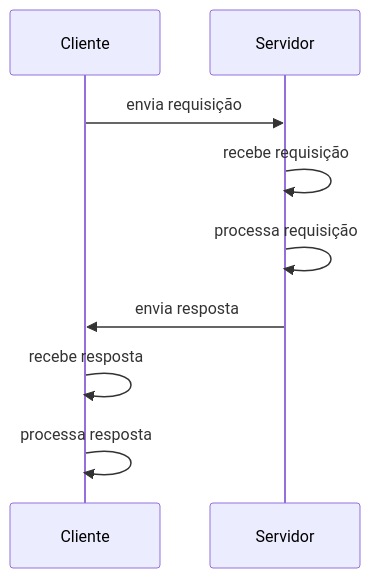
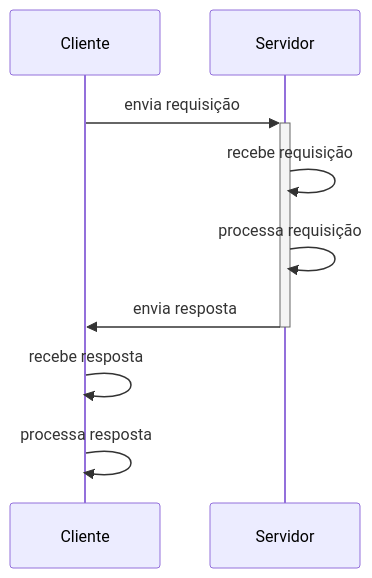
Before and after one commit to Industrialli/industrialli_modbus: the second of 2 diagrams in README.md, drawn with Mermaid.

````diff
--- a/README.md
+++ b/README.md
@@ -44,12 +44,12 @@
 ```mermaid
 sequenceDiagram
 participant Cliente
 participant Servidor
-Cliente->>Servidor: envia requisição
+Cliente->>+Servidor: envia requisição
 Servidor->>Servidor: recebe requisição
 Servidor->>Servidor: processa requisição
-Servidor->>Cliente: envia resposta
+Servidor->>-Cliente: envia resposta
 Cliente->>Cliente: recebe resposta
 Cliente->>Cliente: processa resposta
     
 ```
````
